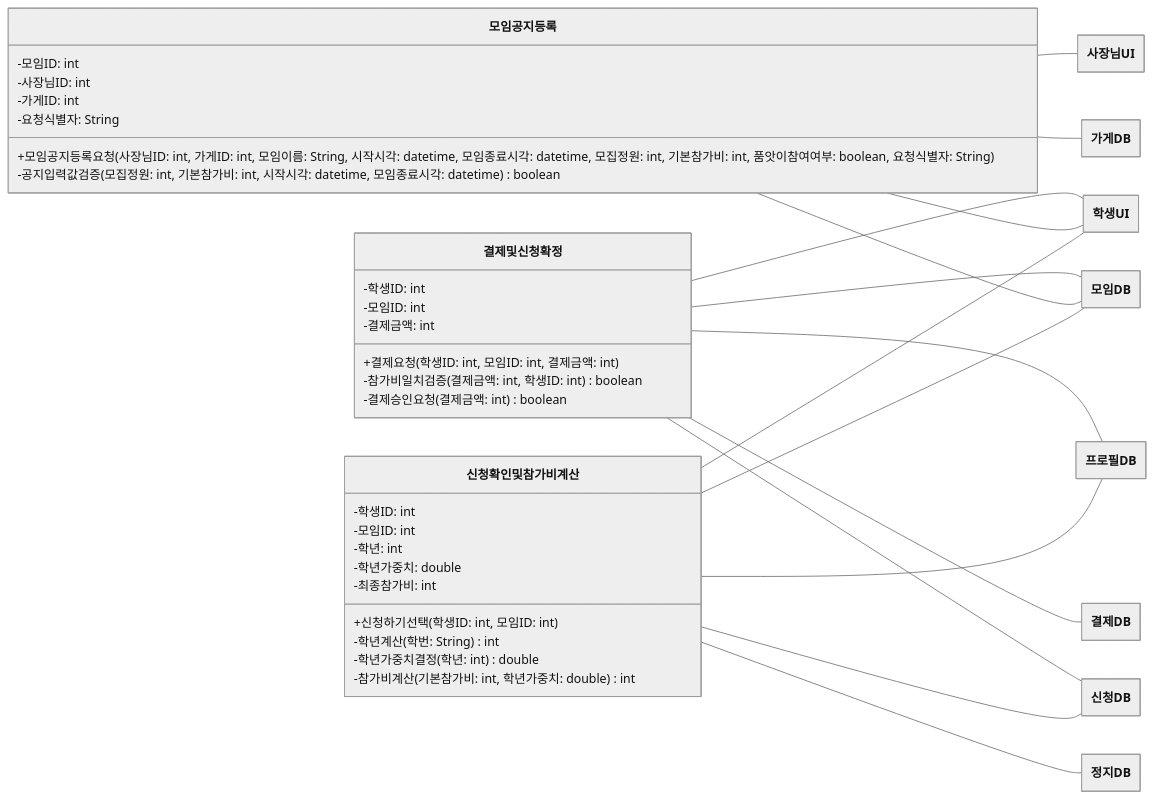
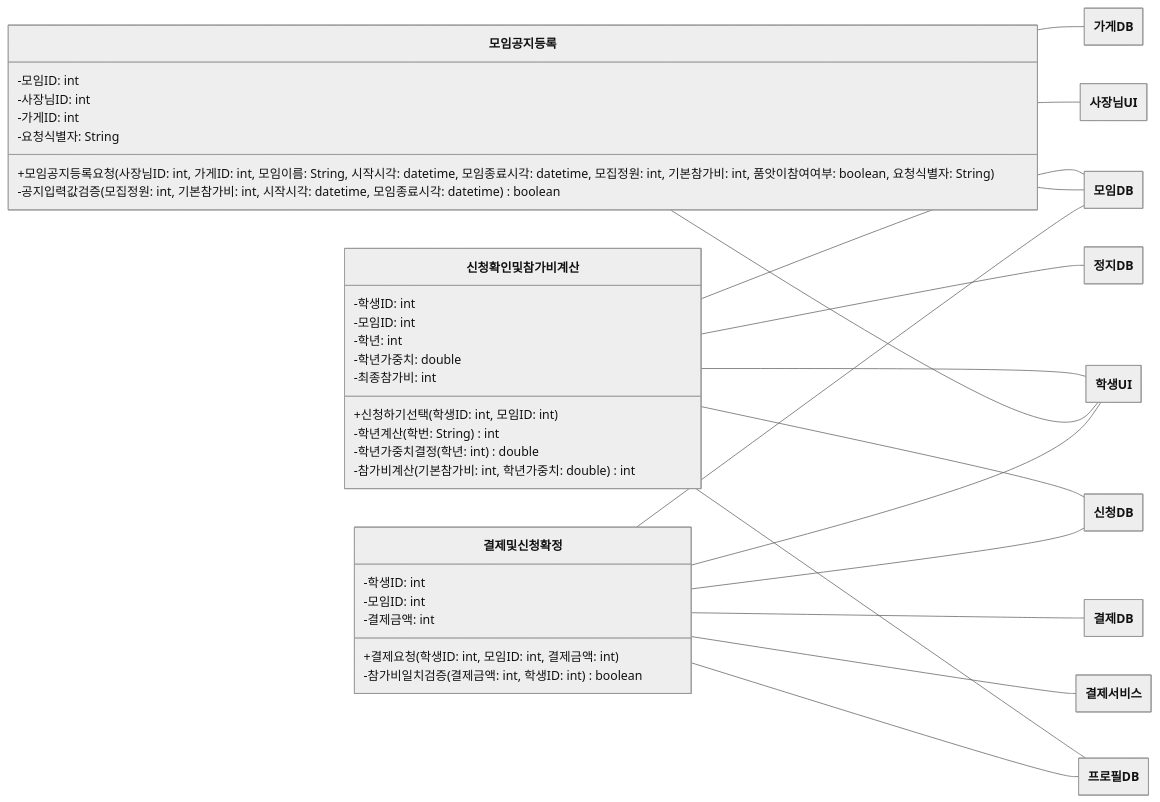
One commit to hojae3/sw-engineering-16 changed the second of 14 diagrams in class-diagram/class-diagram.md. Above: the diagram before and after it, drawn with Mermaid (neutral theme). The commit also changed other lines of this file and 7 other files, not shown here.

````diff
--- a/class-diagram/class-diagram.md
+++ b/class-diagram/class-diagram.md
@@ -210,58 +212,59 @@
 ```mermaid
 ---
 config:
   class:
     hideEmptyMembersBox: true
 ---
 classDiagram
     direction LR
     class MeetingNoticeRegistration["모임공지등록"] {
         -모임ID: int
         -사장님ID: int
         -가게ID: int
         -요청식별자: String
         +모임공지등록요청(사장님ID: int, 가게ID: int, 모임이름: String, 시작시각: datetime, 모임종료시각: datetime, 모집정원: int, 기본참가비: int, 품앗이참여여부: boolean, 요청식별자: String)
         -공지입력값검증(모집정원: int, 기본참가비: int, 시작시각: datetime, 모임종료시각: datetime) boolean
     }
     class ApplicationCheckAndFeeCalc["신청확인및참가비계산"] {
         -학생ID: int
         -모임ID: int
         -학년: int
         -학년가중치: double
         -최종참가비: int
         +신청하기선택(학생ID: int, 모임ID: int)
         -학년계산(학번: String) int
         -학년가중치결정(학년: int) double
         -참가비계산(기본참가비: int, 학년가중치: double) int
     }
     class PaymentAndApplicationConfirm["결제및신청확정"] {
         -학생ID: int
         -모임ID: int
         -결제금액: int
         +결제요청(학생ID: int, 모임ID: int, 결제금액: int)
         -참가비일치검증(결제금액: int, 학생ID: int) boolean
-        -결제승인요청(결제금액: int) boolean
     }
     class StoreDB["가게DB"]
     class PaymentDB["결제DB"]
+    class PaymentService["결제서비스"]
     class MeetingDB["모임DB"]
     class OwnerUI["사장님UI"]
     class ApplicationDB["신청DB"]
     class SuspensionDB["정지DB"]
     class ProfileDB["프로필DB"]
     class StudentUI["학생UI"]
     MeetingNoticeRegistration -- StoreDB
     PaymentAndApplicationConfirm -- PaymentDB
+    PaymentAndApplicationConfirm -- PaymentService
     PaymentAndApplicationConfirm -- MeetingDB
     PaymentAndApplicationConfirm -- ApplicationDB
     PaymentAndApplicationConfirm -- ProfileDB
     PaymentAndApplicationConfirm -- StudentUI
     MeetingNoticeRegistration -- MeetingDB
     ApplicationCheckAndFeeCalc -- MeetingDB
     MeetingNoticeRegistration -- OwnerUI
     MeetingNoticeRegistration -- StudentUI
     ApplicationCheckAndFeeCalc -- ApplicationDB
     ApplicationCheckAndFeeCalc -- SuspensionDB
     ApplicationCheckAndFeeCalc -- ProfileDB
     ApplicationCheckAndFeeCalc -- StudentUI
 ```
````
